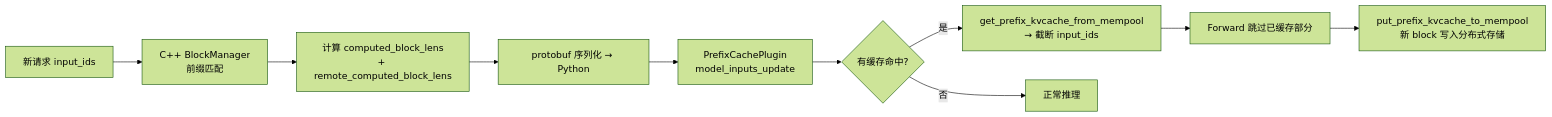
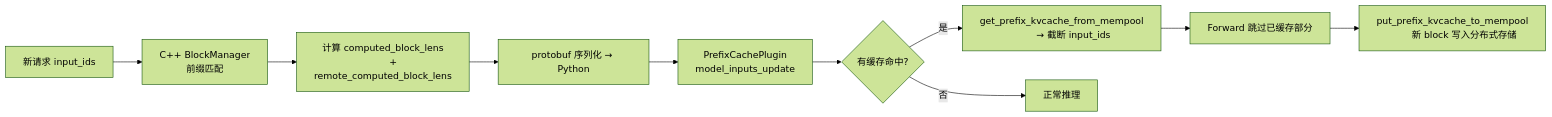
Before and after one commit to Lyr-GW/interview-docs: the diagram in docs/topics/prefix-cache.md, drawn with Mermaid (forest theme). The commit also changed 7 other files, not shown here.

Commit message:
fix: replace mermaid <br/> with newlines to fix parsing under strict security mode

````diff
--- a/docs/topics/prefix-cache.md
+++ b/docs/topics/prefix-cache.md
@@ -86,12 +86,17 @@
 ```mermaid
 flowchart LR
-    A[新请求 input_ids] --> B[C++ BlockManager<br/>前缀匹配]
-    B --> C[计算 computed_block_lens<br/>+ remote_computed_block_lens]
+    A[新请求 input_ids] --> B[C++ BlockManager
+        前缀匹配]
+    B --> C[计算 computed_block_lens
+        + remote_computed_block_lens]
     C --> D[protobuf 序列化 → Python]
-    D --> E[PrefixCachePlugin<br/>model_inputs_update]
+    D --> E[PrefixCachePlugin
+        model_inputs_update]
     E --> F{有缓存命中?}
-    F -->|是| G[get_prefix_kvcache_from_mempool<br/>→ 截断 input_ids]
+    F -->|是| G[get_prefix_kvcache_from_mempool
+        → 截断 input_ids]
     F -->|否| H[正常推理]
     G --> I[Forward 跳过已缓存部分]
-    I --> J[put_prefix_kvcache_to_mempool<br/>新 block 写入分布式存储]
+    I --> J[put_prefix_kvcache_to_mempool
+        新 block 写入分布式存储]
 ```
````
